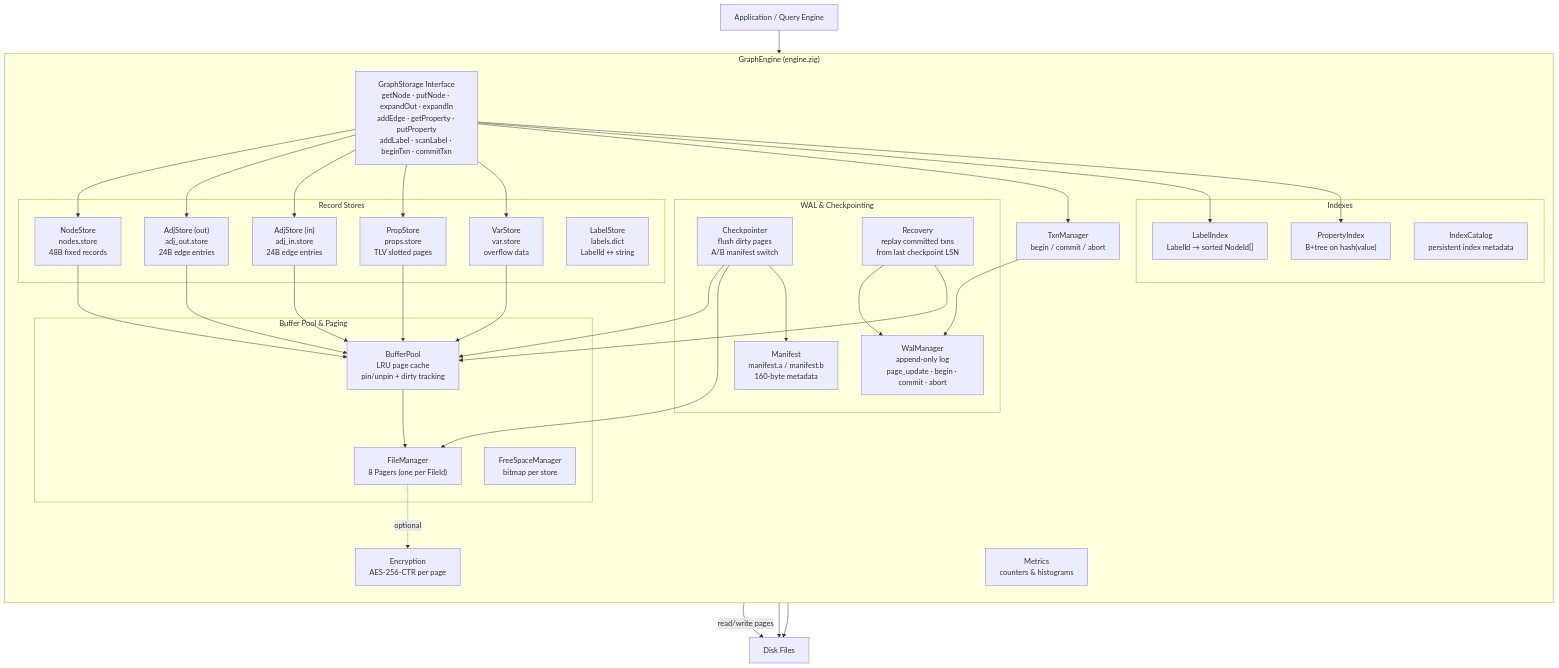
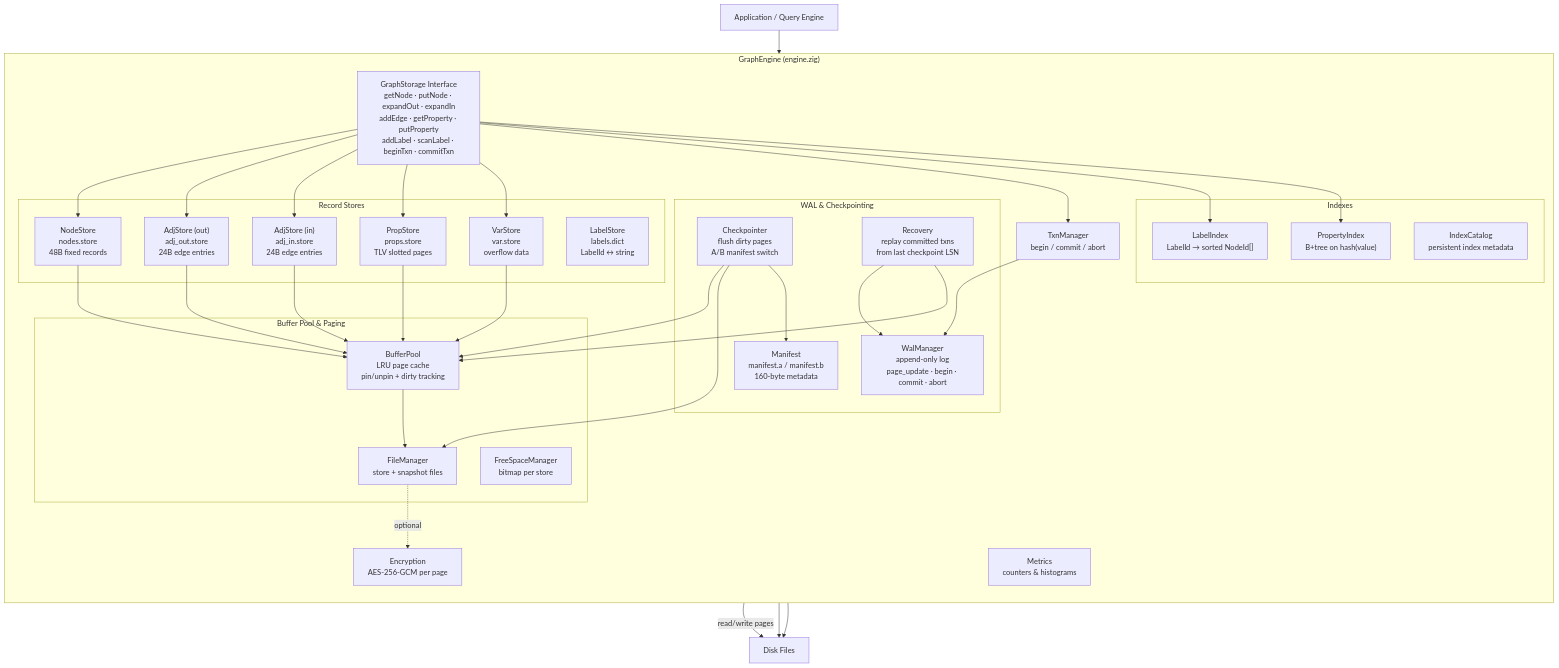
One commit to geodedb/zig-graph-storage changed the first of 5 diagrams in README.md. Above: the diagram before and after it, drawn with Mermaid. The commit also changed other lines of this file and 40 other files, not shown here.

Commit message:
Close graph storage audit gaps

````diff
--- a/README.md
+++ b/README.md
@@ -12,55 +12,55 @@
 ```mermaid
 graph TB
     App["Application / Query Engine"]
 
     subgraph GraphEngine["GraphEngine (engine.zig)"]
         direction TB
         API["GraphStorage Interface<br/>getNode · putNode · expandOut · expandIn<br/>addEdge · getProperty · putProperty<br/>addLabel · scanLabel · beginTxn · commitTxn"]
 
         subgraph Stores["Record Stores"]
             NS["NodeStore<br/>nodes.store<br/>48B fixed records"]
             AO["AdjStore (out)<br/>adj_out.store<br/>24B edge entries"]
             AI["AdjStore (in)<br/>adj_in.store<br/>24B edge entries"]
             PS["PropStore<br/>props.store<br/>TLV slotted pages"]
             VS["VarStore<br/>var.store<br/>overflow data"]
             LS["LabelStore<br/>labels.dict<br/>LabelId ↔ string"]
         end
 
         subgraph Caching["Buffer Pool & Paging"]
             BP["BufferPool<br/>LRU page cache<br/>pin/unpin + dirty tracking"]
-            FM["FileManager<br/>8 Pagers (one per FileId)"]
+            FM["FileManager<br/>store + snapshot files"]
             FS["FreeSpaceManager<br/>bitmap per store"]
         end
 
         subgraph Durability["WAL & Checkpointing"]
             WAL["WalManager<br/>append-only log<br/>page_update · begin · commit · abort"]
             CK["Checkpointer<br/>flush dirty pages<br/>A/B manifest switch"]
             MF["Manifest<br/>manifest.a / manifest.b<br/>160-byte metadata"]
             REC["Recovery<br/>replay committed txns<br/>from last checkpoint LSN"]
         end
 
         subgraph Indexing["Indexes"]
             LI["LabelIndex<br/>LabelId → sorted NodeId[]"]
             PI["PropertyIndex<br/>B+tree on hash(value)"]
             IC["IndexCatalog<br/>persistent index metadata"]
         end
 
         TXN["TxnManager<br/>begin / commit / abort"]
-        ENC["Encryption<br/>AES-256-CTR per page"]
+        ENC["Encryption<br/>AES-256-GCM per page"]
         MET["Metrics<br/>counters & histograms"]
     end
 
     App --> API
     API --> NS & AO & AI & PS & VS
     NS & AO & AI & PS & VS --> BP
     BP --> FM
     FM -->|"read/write pages"| Disk["Disk Files"]
     API --> TXN
     TXN --> WAL
     WAL --> Disk
     CK --> BP & FM & MF
     MF --> Disk
     REC --> WAL & BP
     API --> LI & PI
     FM -.->|"optional"| ENC
 ```
````
